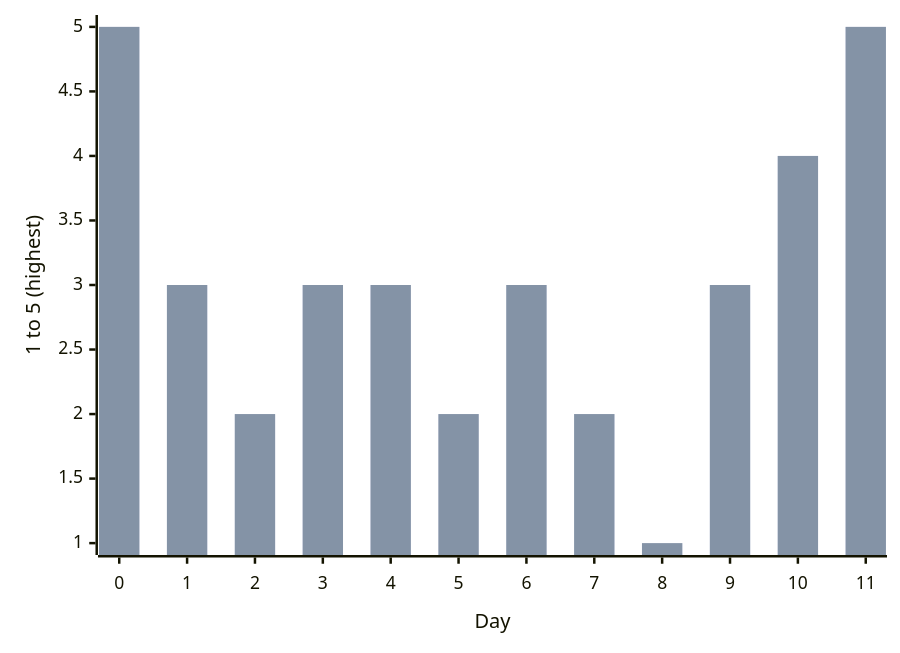
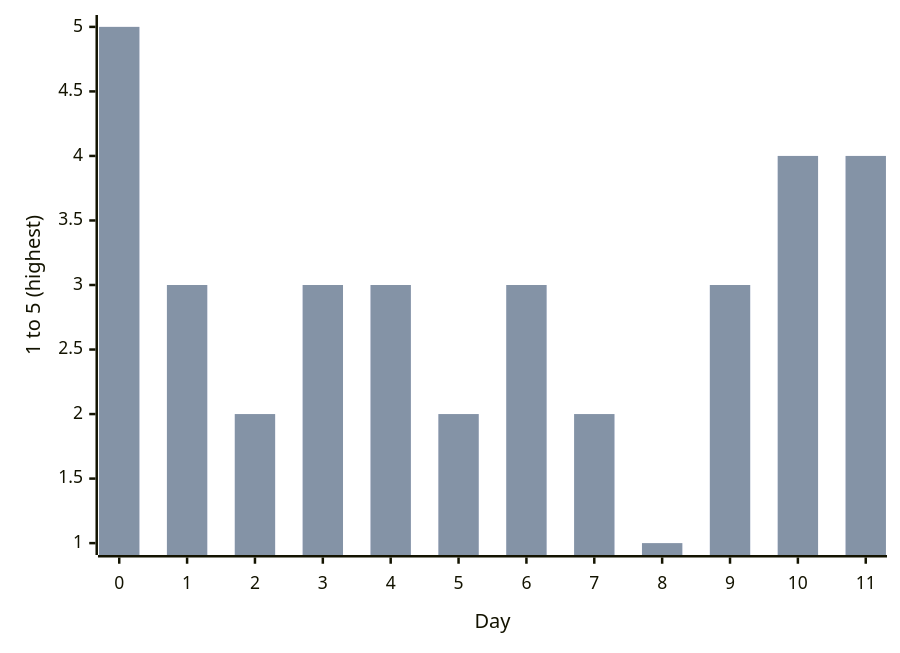
Before and after one commit to phil-m-kopp/phil-m-kopp.github.io: the first of 16 diagrams in docs/articles/posts/personal-development/fasting/fasting.md, drawn with Mermaid. The commit also changed other lines of this file and 1 other file, not shown here.

````diff
--- a/docs/articles/posts/personal-development/fasting/fasting.md
+++ b/docs/articles/posts/personal-development/fasting/fasting.md
@@ -112,8 +112,8 @@
 ``` mermaid
 xychart-beta
     x-axis "Day" 0 --> 11
     y-axis "1 to 5 (highest)" 1 --> 5
 
-    bar "Energy" [5, 3, 2, 3, 3, 2, 3, 2, 1, 3, 4, 5]
-    bar "Energy" [5, 3, 2, 3, 3, 2, 3, 2, 1, 3, 4, 5]
+    bar "Energy" [5, 3, 2, 3, 3, 2, 3, 2, 1, 3, 4, 4]
+    bar "Energy" [5, 3, 2, 3, 3, 2, 3, 2, 1, 3, 4, 4]
 ```
````
